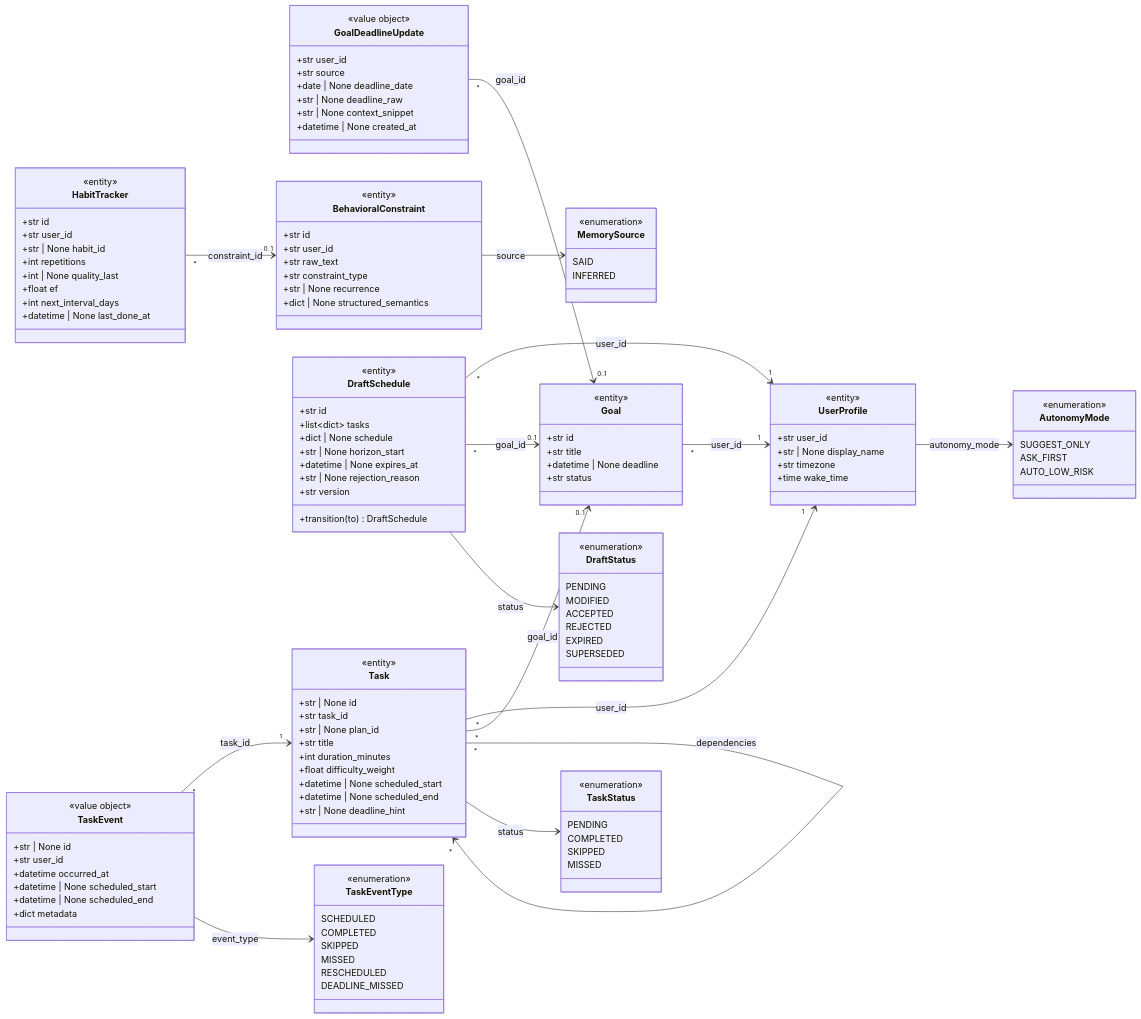
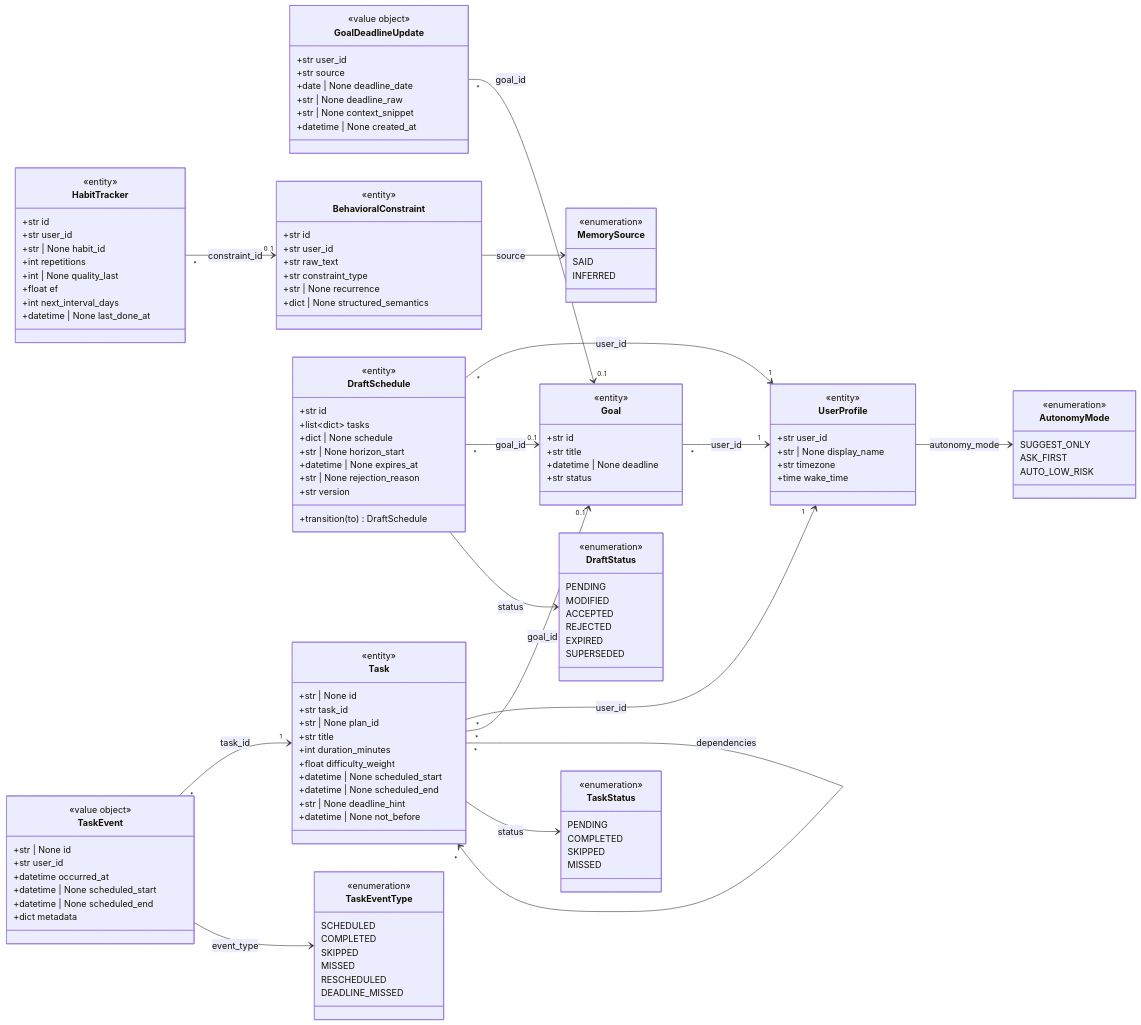
Before and after one commit to HackHeroic/Jarvis-Engine: the second of 16 diagrams in docs/capstone/03-class-diagrams.md, drawn with Mermaid. The commit also changed 12 other files, not shown here.

Commit message:
docs: web search through Claude, the not_before column and its migration, and counts at 8759bf0; deck rebuilt

```diff
--- a/docs/capstone/03-class-diagrams.md
+++ b/docs/capstone/03-class-diagrams.md
@@ -236,6 +236,7 @@
         +datetime | None scheduled_start
         +datetime | None scheduled_end
         +str | None deadline_hint
+        +datetime | None not_before
     }
     class TaskEvent {
         <<value object>>
```
